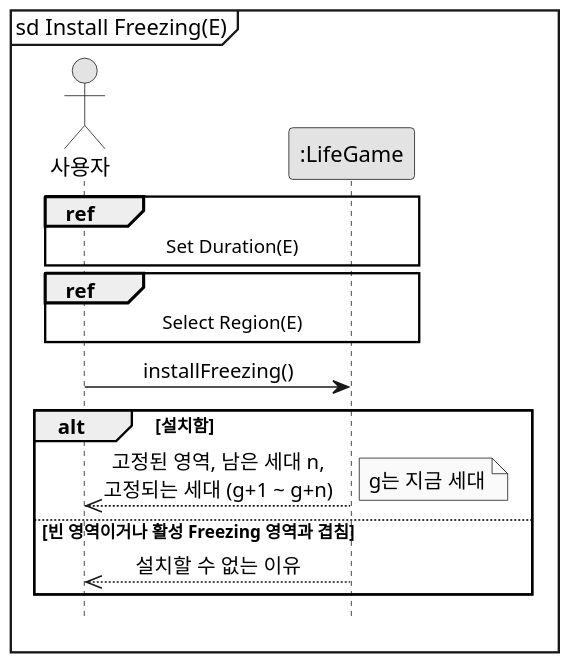
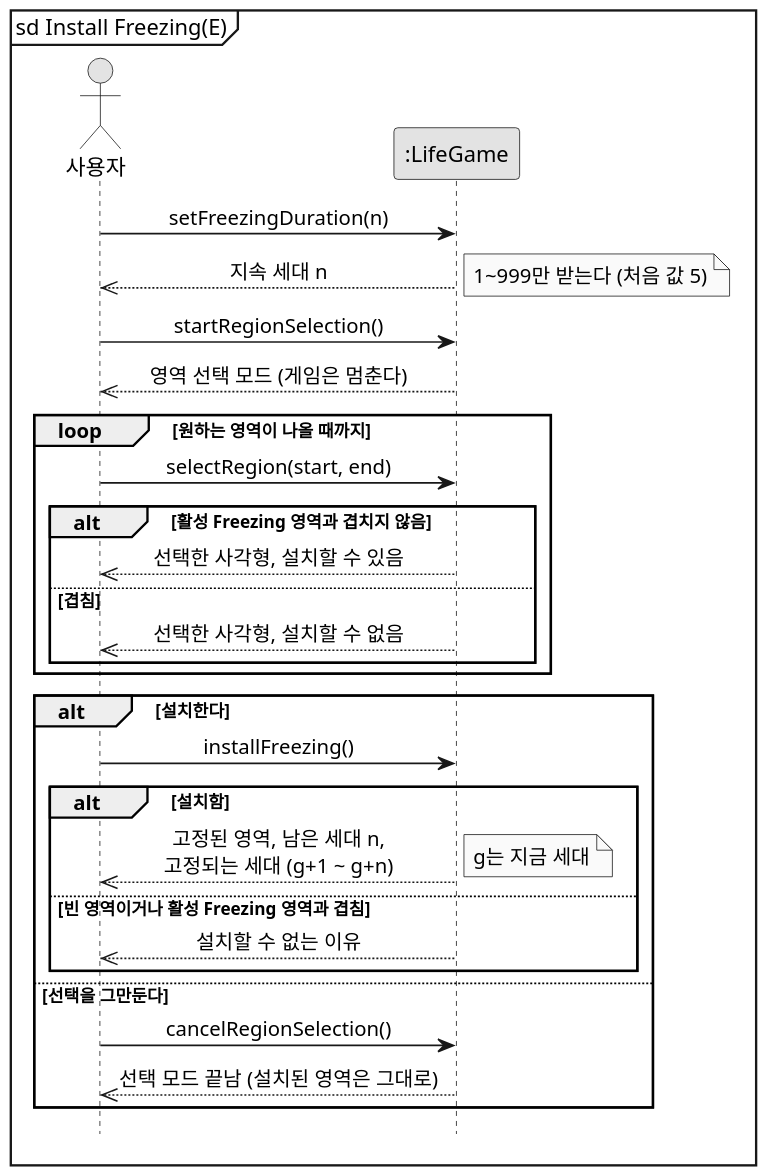
The diagram in docs/freezing/diagram/ssd-install.puml (mckimR1972/DP_team_project), drawn with PlantUML before and after one commit. The commit also changed 28 other files, not shown here.

First line of the commit message:
docs: Freezing 유스케이스를 전체 유스케이스 다이어그램에 맞춤

```diff
--- a/docs/freezing/diagram/ssd-install.puml
+++ b/docs/freezing/diagram/ssd-install.puml
@@ -1,23 +1,41 @@
 @startuml ssd-install
 skinparam monochrome true
 skinparam dpi 150
 skinparam shadowing false
 skinparam defaultFontName "Malgun Gothic"
 skinparam sequenceMessageAlign center
 hide footbox
 mainframe sd Install Freezing(E)
 
 actor "사용자" as User
 participant ":LifeGame" as System
 
-ref over User, System : Set Duration(E)
-ref over User, System : Select Region(E)
+User -> System : setFreezingDuration(n)
+System -->> User : 지속 세대 n
+note right : 1~999만 받는다 (처음 값 5)
 
-User -> System : installFreezing()
-alt 설치함
-  System -->> User : 고정된 영역, 남은 세대 n,\n고정되는 세대 (g+1 ~ g+n)
-  note right : g는 지금 세대
-else 빈 영역이거나 활성 Freezing 영역과 겹침
-  System -->> User : 설치할 수 없는 이유
+User -> System : startRegionSelection()
+System -->> User : 영역 선택 모드 (게임은 멈춘다)
+
+loop 원하는 영역이 나올 때까지
+  User -> System : selectRegion(start, end)
+  alt 활성 Freezing 영역과 겹치지 않음
+    System -->> User : 선택한 사각형, 설치할 수 있음
+  else 겹침
+    System -->> User : 선택한 사각형, 설치할 수 없음
+  end
+end
+
+alt 설치한다
+  User -> System : installFreezing()
+  alt 설치함
+    System -->> User : 고정된 영역, 남은 세대 n,\n고정되는 세대 (g+1 ~ g+n)
+    note right : g는 지금 세대
+  else 빈 영역이거나 활성 Freezing 영역과 겹침
+    System -->> User : 설치할 수 없는 이유
+  end
+else 선택을 그만둔다
+  User -> System : cancelRegionSelection()
+  System -->> User : 선택 모드 끝남 (설치된 영역은 그대로)
 end
 @enduml
```
